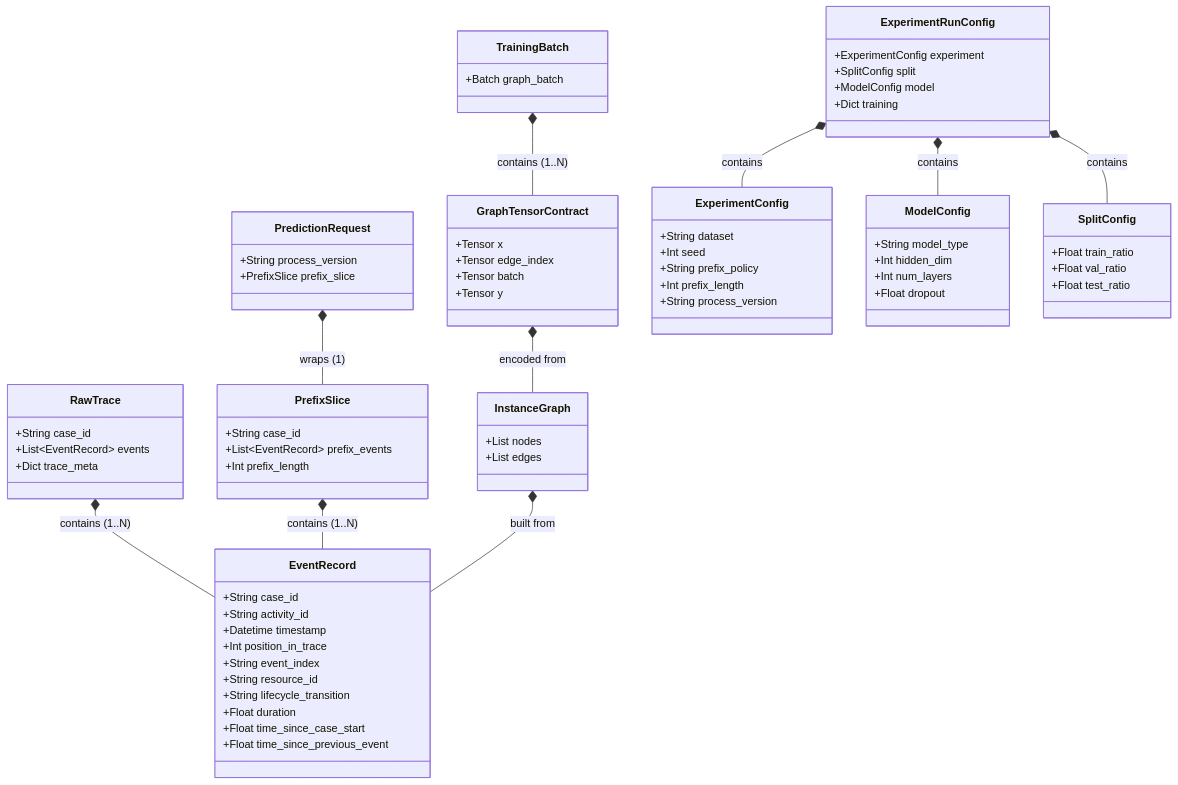
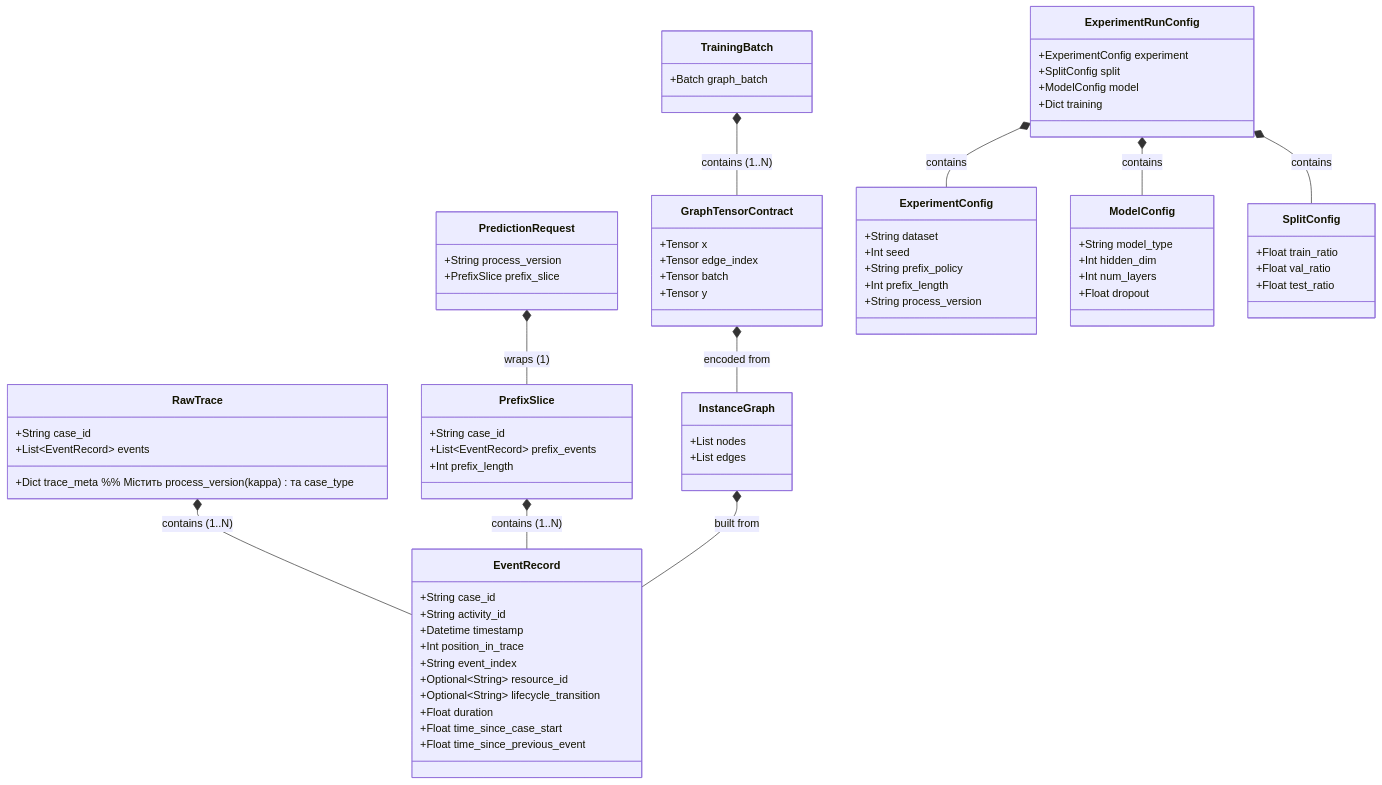
Before and after one commit to ghsrg/bpm_prediction: the first of 3 diagrams in DATA_MODEL_MVP1.MD, drawn with Mermaid.

Commit message:
Updated Data model

````diff
--- a/DATA_MODEL_MVP1.MD
+++ b/DATA_MODEL_MVP1.MD
@@ -219,13 +219,15 @@
 ```mermaid
 classDiagram
     class EventRecord {
+        %% --- Mandatory ---
         +String case_id
         +String activity_id
         +Datetime timestamp
         +Int position_in_trace
         +String event_index
-        +String resource_id
-        +String lifecycle_transition
+        %% --- Optional / Calculated (Base & Research) ---
+        +Optional~String~ resource_id
+        +Optional~String~ lifecycle_transition
         +Float duration
         +Float time_since_case_start
         +Float time_since_previous_event
@@ -234,7 +236,7 @@
     class RawTrace {
         +String case_id
         +List~EventRecord~ events
-        +Dict trace_meta
+        +Dict trace_meta  %% Містить process_version (kappa) та case_type
     }
     
     class PrefixSlice {
````
